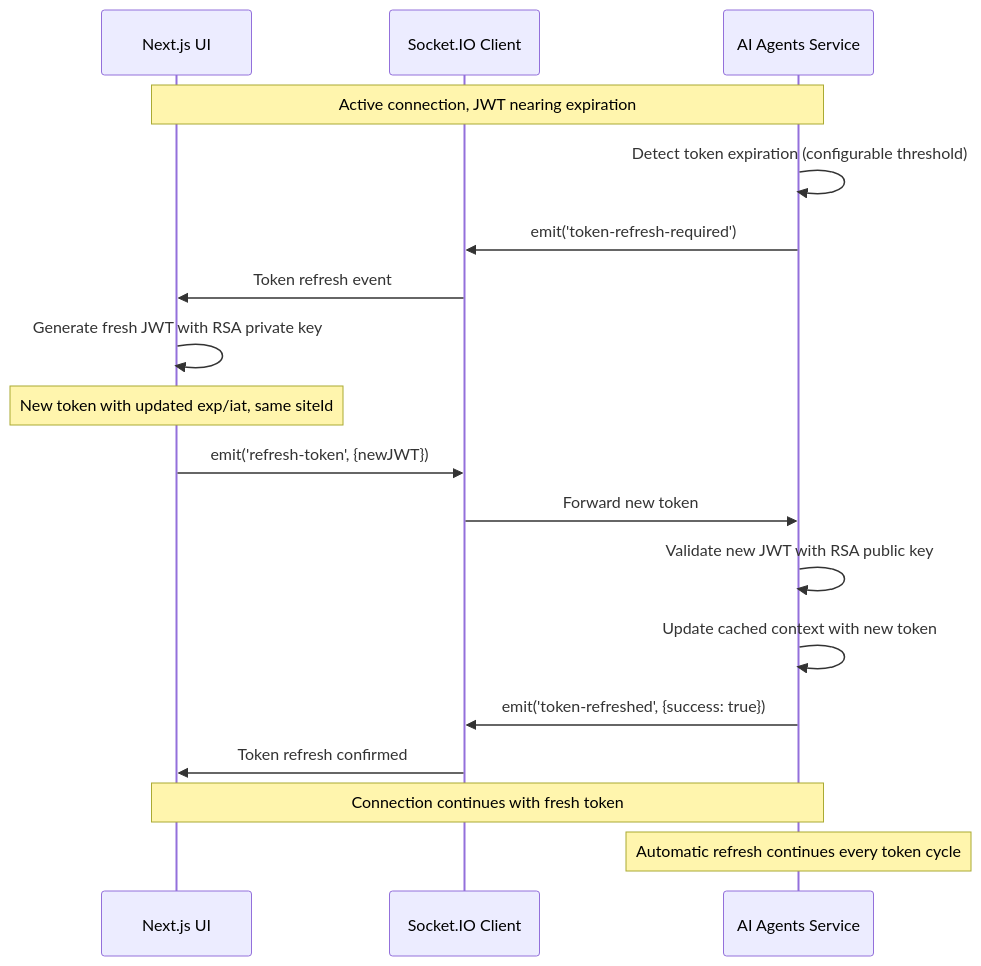
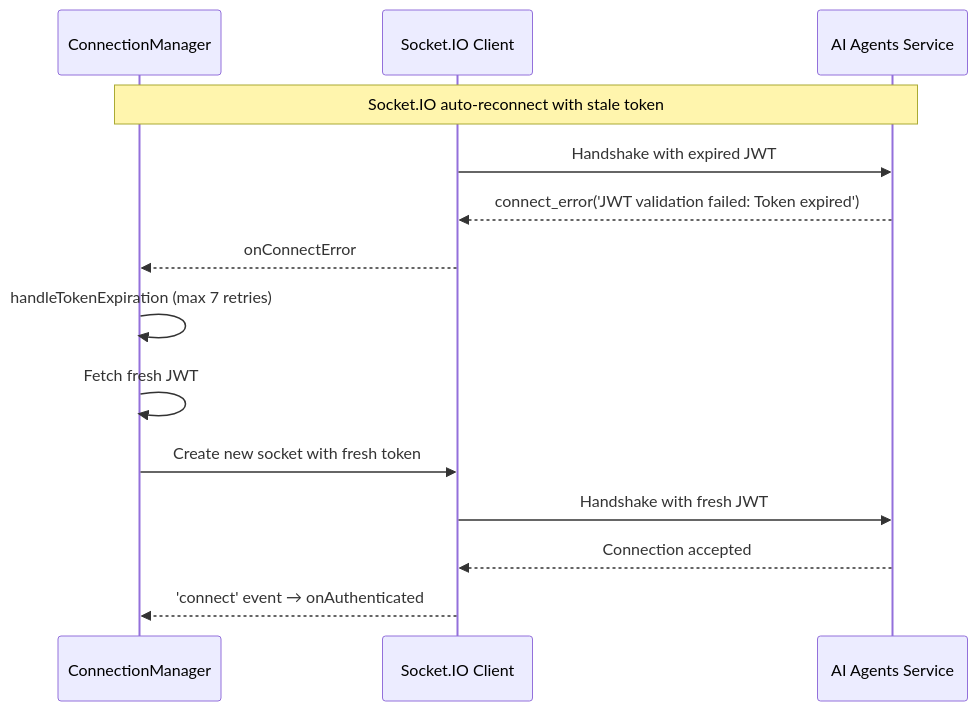
One commit to hsharif-godaddy/hackathon2026 changed the fifth of 8 diagrams in docs/ui-agents-authentication-architecture.md. Above: the diagram before and after it, drawn with Mermaid. The commit also changed other lines of this file and 20 other files, not shown here.

First line of the commit message:
feat(websocket): decouple connection from JWT auth (connect-then-auth) (#1907)

````diff
--- a/docs/ui-agents-authentication-architecture.md
+++ b/docs/ui-agents-authentication-architecture.md
@@ -178,25 +223,18 @@
 ```mermaid
 sequenceDiagram
-    participant UI as Next.js UI
+    participant ConnMgr as ConnectionManager
     participant SocketIO as Socket.IO Client
     participant Agents as AI Agents Service
 
-    Note over UI,Agents: Active connection, JWT nearing expiration
+    Note over ConnMgr,Agents: Socket.IO auto-reconnect with stale token
+    SocketIO->>Agents: Handshake with expired JWT
+    Agents-->>SocketIO: connect_error('JWT validation failed: Token expired')
+    SocketIO-->>ConnMgr: onConnectError
 
-    Agents->>Agents: Detect token expiration (configurable threshold)
-    Agents->>SocketIO: emit('token-refresh-required')
-    SocketIO->>UI: Token refresh event
-
-    UI->>UI: Generate fresh JWT with RSA private key
-    Note over UI: New token with updated exp/iat, same siteId
-    UI->>SocketIO: emit('refresh-token', {newJWT})
-    SocketIO->>Agents: Forward new token
-
-    Agents->>Agents: Validate new JWT with RSA public key
-    Agents->>Agents: Update cached context with new token
-    Agents->>SocketIO: emit('token-refreshed', {success: true})
-    SocketIO->>UI: Token refresh confirmed
-
-    Note over UI,Agents: Connection continues with fresh token
-    Note over Agents: Automatic refresh continues every token cycle
+    ConnMgr->>ConnMgr: handleTokenExpiration (max 7 retries)
+    ConnMgr->>ConnMgr: Fetch fresh JWT
+    ConnMgr->>SocketIO: Create new socket with fresh token
+    SocketIO->>Agents: Handshake with fresh JWT
+    Agents-->>SocketIO: Connection accepted
+    SocketIO-->>ConnMgr: 'connect' event → onAuthenticated
 ```
````
